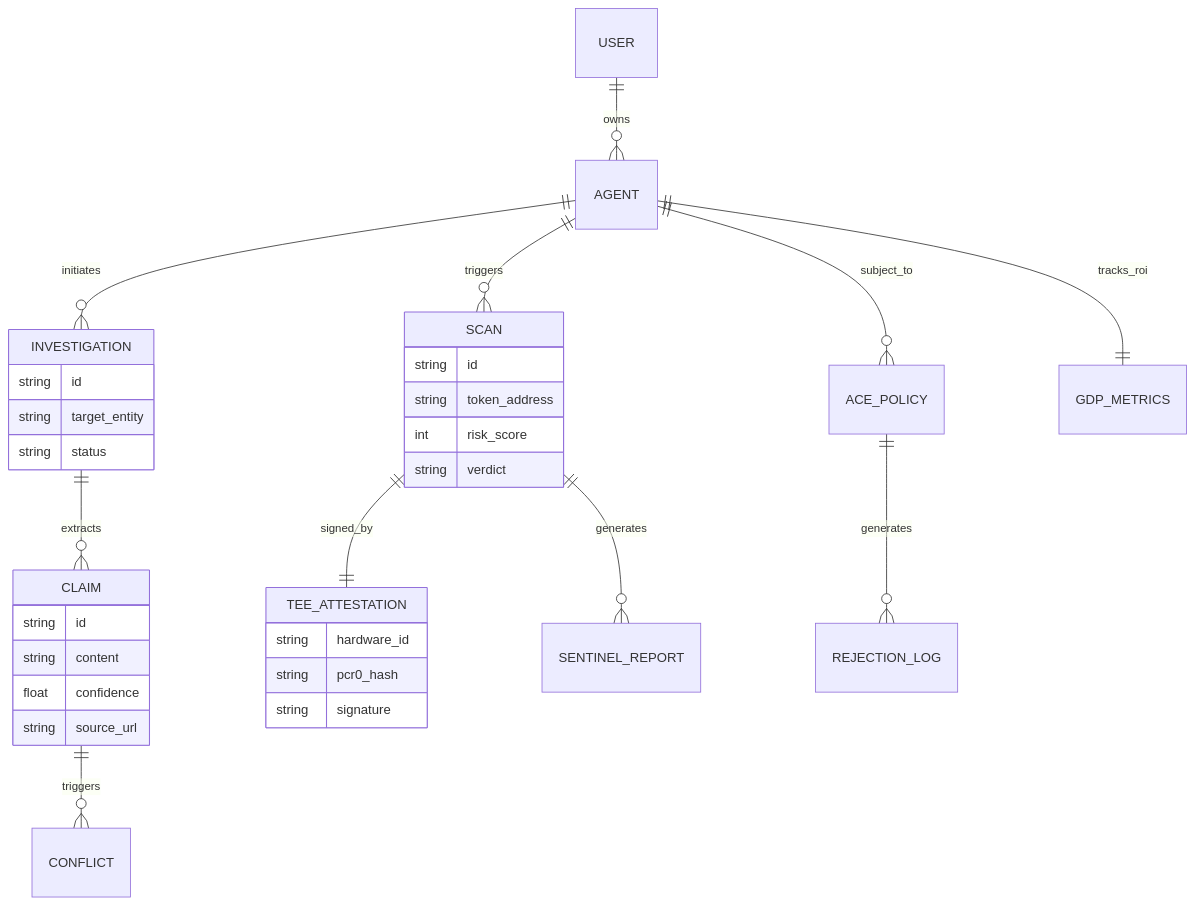
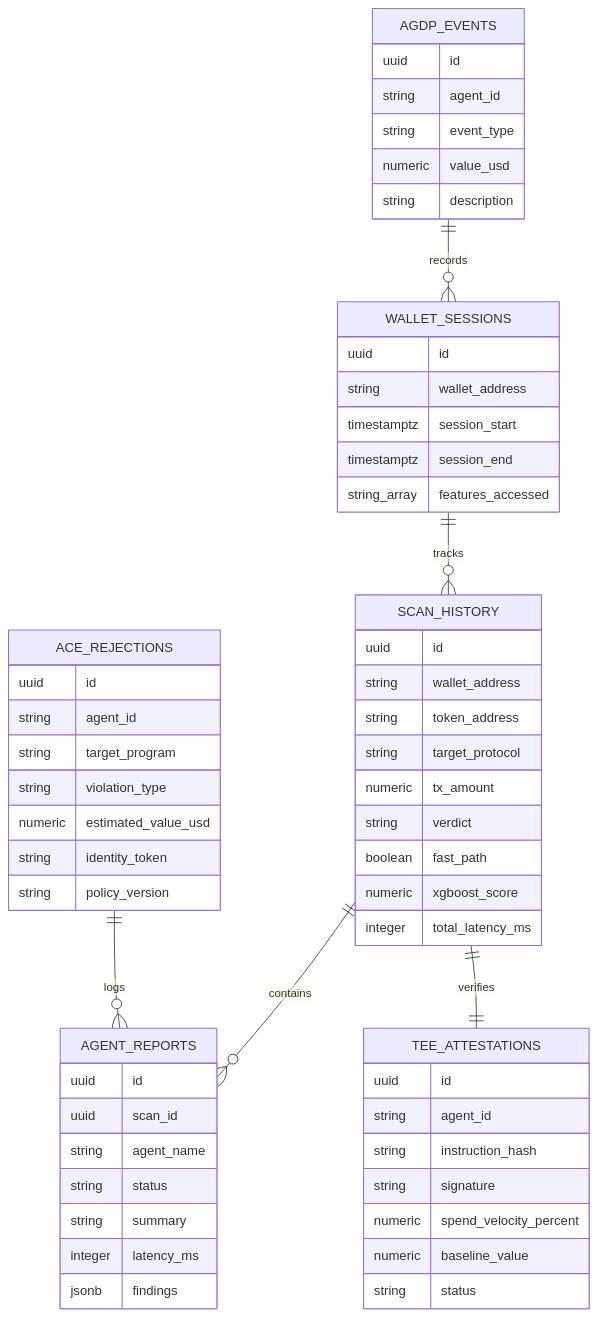
The diagram in README.md (atharv20s/Veritas-Collesium), drawn with Mermaid before and after one commit. The commit also changed other lines of this file and 1 other file, not shown here.

Commit message:
docs: update README with schema-accurate ERD and architecture diagram

````diff
--- a/README.md
+++ b/README.md
@@ -18,43 +20,66 @@
 ```mermaid
 erDiagram
-    USER ||--o{ AGENT : "owns"
-    AGENT ||--o{ INVESTIGATION : "initiates"
-    AGENT ||--o{ SCAN : "triggers"
-    
-    INVESTIGATION ||--o{ CLAIM : "extracts"
-    CLAIM ||--o{ CONFLICT : "triggers"
-    
-    SCAN ||--|| TEE_ATTESTATION : "signed_by"
-    SCAN ||--o{ SENTINEL_REPORT : "generates"
-    
-    AGENT ||--o{ ACE_POLICY : "subject_to"
-    ACE_POLICY ||--o{ REJECTION_LOG : "generates"
-    
-    AGENT ||--|| GDP_METRICS : "tracks_roi"
+    WALLET_SESSIONS ||--o{ SCAN_HISTORY : "tracks"
+    SCAN_HISTORY ||--o{ AGENT_REPORTS : "contains"
+    SCAN_HISTORY ||--|| TEE_ATTESTATIONS : "verifies"
+    ACE_REJECTIONS ||--o{ AGENT_REPORTS : "logs"
+    AGDP_EVENTS ||--o{ WALLET_SESSIONS : "records"
 
-    INVESTIGATION {
-        string id
-        string target_entity
+    WALLET_SESSIONS {
+        uuid id
+        string wallet_address
+        timestamptz session_start
+        timestamptz session_end
+        string_array features_accessed
+    }
+
+    SCAN_HISTORY {
+        uuid id
+        string wallet_address
+        string token_address
+        string target_protocol
+        numeric tx_amount
+        string verdict
+        boolean fast_path
+        numeric xgboost_score
+        integer total_latency_ms
+    }
+
+    AGENT_REPORTS {
+        uuid id
+        uuid scan_id
+        string agent_name
+        string status
+        string summary
+        integer latency_ms
+        jsonb findings
+    }
+
+    ACE_REJECTIONS {
+        uuid id
+        string agent_id
+        string target_program
+        string violation_type
+        numeric estimated_value_usd
+        string identity_token
+        string policy_version
+    }
+
+    AGDP_EVENTS {
+        uuid id
+        string agent_id
+        string event_type
+        numeric value_usd
+        string description
+    }
+
+    TEE_ATTESTATIONS {
+        uuid id
+        string agent_id
+        string instruction_hash
+        string signature
+        numeric spend_velocity_percent
+        numeric baseline_value
         string status
     }
-    
-    CLAIM {
-        string id
-        string content
-        float confidence
-        string source_url
-    }
-    
-    SCAN {
-        string id
-        string token_address
-        int risk_score
-        string verdict
-    }
-
-    TEE_ATTESTATION {
-        string hardware_id
-        string pcr0_hash
-        string signature
-    }
 ```
````
